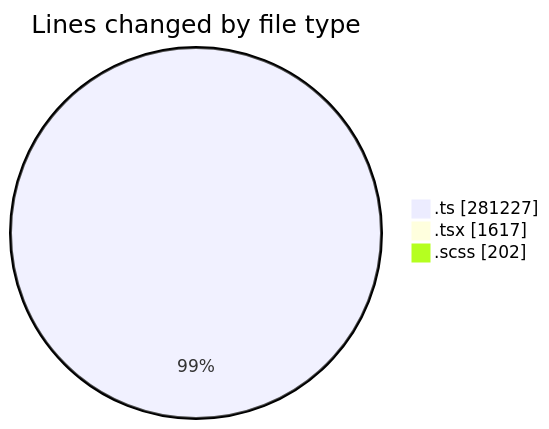
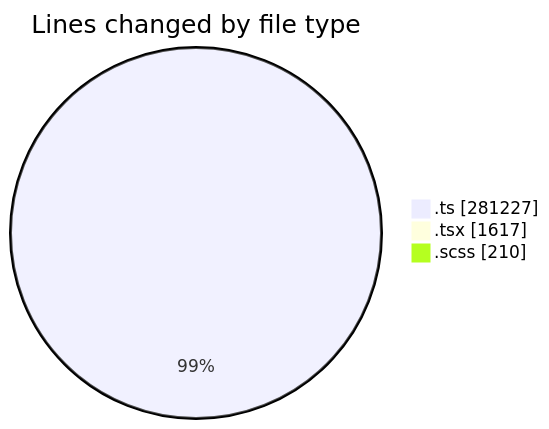
The first of 2 diagrams in 2025-08-22/cda/README.md (momahboobian/code-tracking), drawn with Mermaid before and after one commit. The commit also changed other lines of this file and 1 other file, not shown here.

````diff
--- a/2025-08-22/cda/README.md
+++ b/2025-08-22/cda/README.md
@@ -39,7 +39,7 @@
 ```mermaid
 pie showData
 title Lines changed by file type
 ".ts" : 281227
 ".tsx" : 1617
-".scss" : 202
+".scss" : 210
 ```
````
